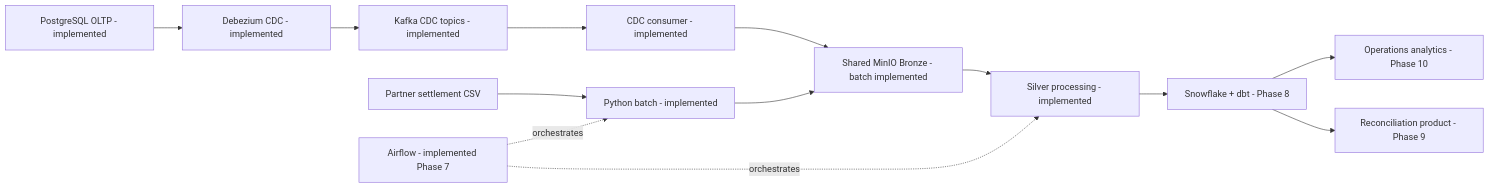
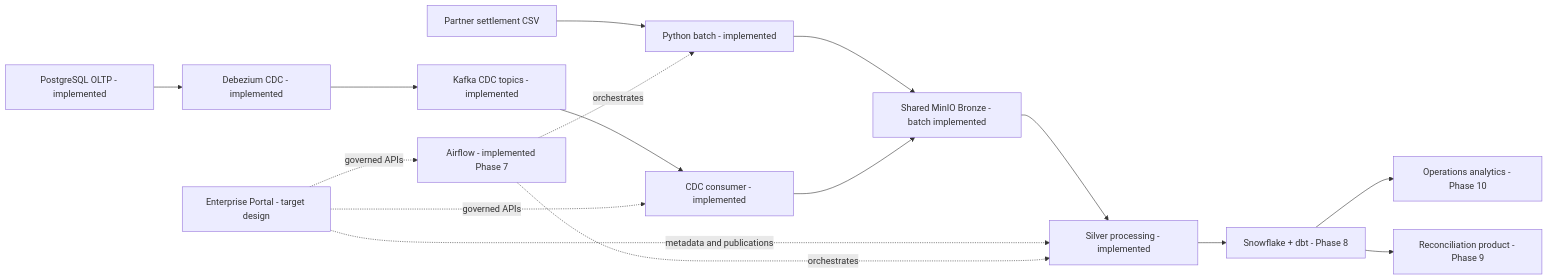
The second of 2 diagrams in docs/architecture/target-architecture.md (minzi03/fintech-payments-data-platform), drawn with Mermaid before and after one commit. The commit also changed other lines of this file and 134 other files, not shown here.

````diff
--- a/docs/architecture/target-architecture.md
+++ b/docs/architecture/target-architecture.md
@@ -54,15 +56,18 @@
 ```mermaid
 flowchart LR
     PG["PostgreSQL OLTP - implemented"] --> CDC["Debezium CDC - implemented"]
     CDC --> KAFKA["Kafka CDC topics - implemented"]
     FILES["Partner settlement CSV"] --> BATCH["Python batch - implemented"]
     KAFKA --> CONSUMER["CDC consumer - implemented"]
     BATCH --> BRONZE["Shared MinIO Bronze - batch implemented"]
     CONSUMER --> BRONZE
     BRONZE --> SILVER["Silver processing - implemented"]
     SILVER --> WH["Snowflake + dbt - Phase 8"]
     WH --> OPS["Operations analytics - Phase 10"]
     WH --> RECON["Reconciliation product - Phase 9"]
+    PORTAL["Enterprise Portal - target design"] -. governed APIs .-> AIRFLOW
+    PORTAL -. governed APIs .-> CONSUMER
+    PORTAL -. metadata and publications .-> SILVER
     AIRFLOW["Airflow - implemented Phase 7"] -. orchestrates .-> BATCH
     AIRFLOW -. orchestrates .-> SILVER
 ```
````
